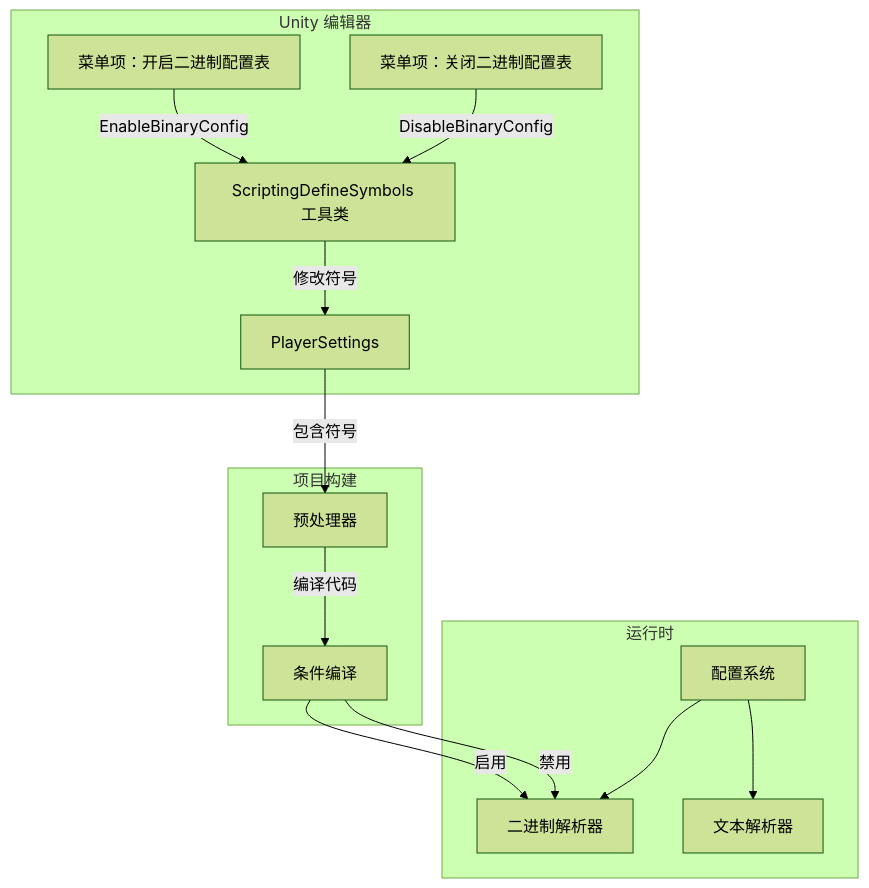
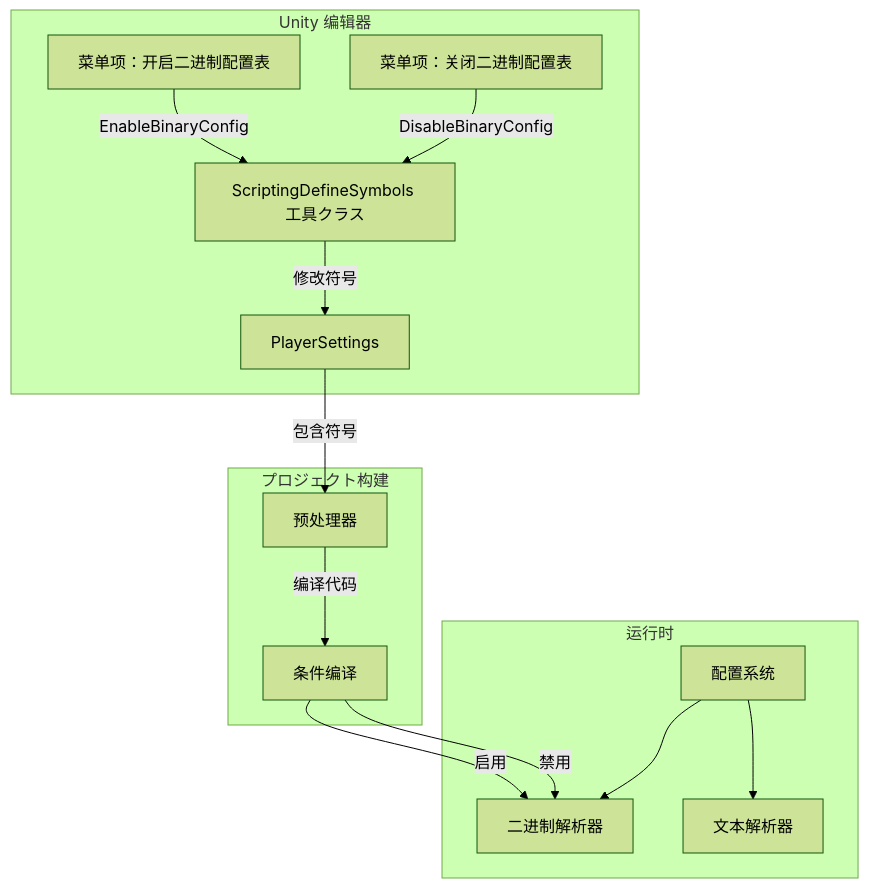
The first of 2 diagrams in docs/ja/client/unity/component/config/13.scripting-define-symbols.md (AlianBlank/GameFrameX.Docs), drawn with Mermaid (forest theme) before and after one commit. The commit also changed other lines of this file and 603 other files, not shown here.

````diff
--- a/docs/ja/client/unity/component/config/13.scripting-define-symbols.md
+++ b/docs/ja/client/unity/component/config/13.scripting-define-symbols.md
@@ -22,30 +22,30 @@
 ```mermaid
 flowchart TD
     subgraph UnityEditor["Unity 编辑器"]
         Menu1["菜单项：开启二进制配置表"]
         Menu2["菜单项：关闭二进制配置表"]
-        SymbolMgr["ScriptingDefineSymbols 工具类"]
+        SymbolMgr["ScriptingDefineSymbols 工具クラス"]
         PlayerSettings["PlayerSettings"]
     end
 
-    subgraph ProjectBuild["项目构建"]
+    subgraph ProjectBuild["プロジェクト构建"]
         Preprocessor["预处理器"]
         Compile["条件编译"]
     end
 
     subgraph Runtime["运行时"]
         ConfigSys["配置系统"]
         BinaryParser["二进制解析器"]
         TextParser["文本解析器"]
     end
 
     Menu1 -->|EnableBinaryConfig| SymbolMgr
     Menu2 -->|DisableBinaryConfig| SymbolMgr
     SymbolMgr -->|修改符号| PlayerSettings
     PlayerSettings -->|包含符号| Preprocessor
     Preprocessor -->|编译代码| Compile
     Compile -->|启用| BinaryParser
     Compile -->|禁用| BinaryParser
     ConfigSys --> BinaryParser
     ConfigSys --> TextParser
 ```
````
